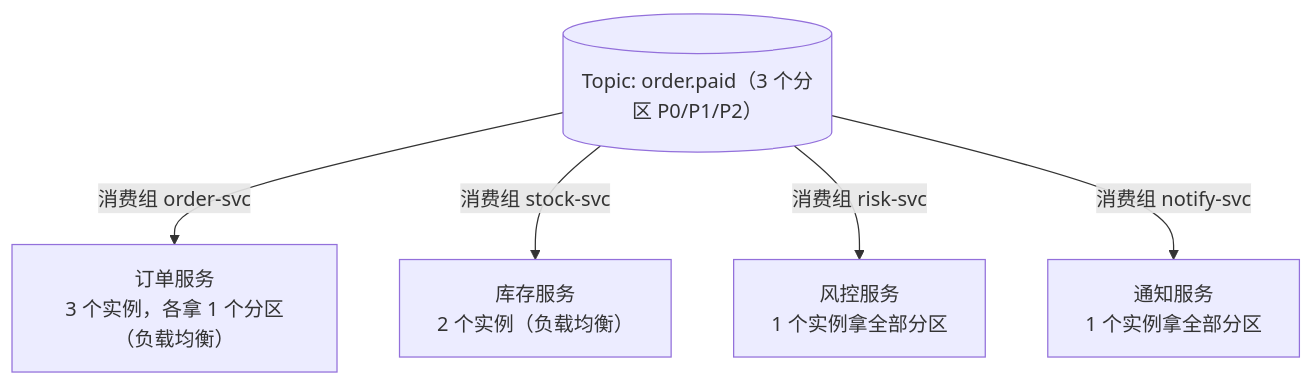
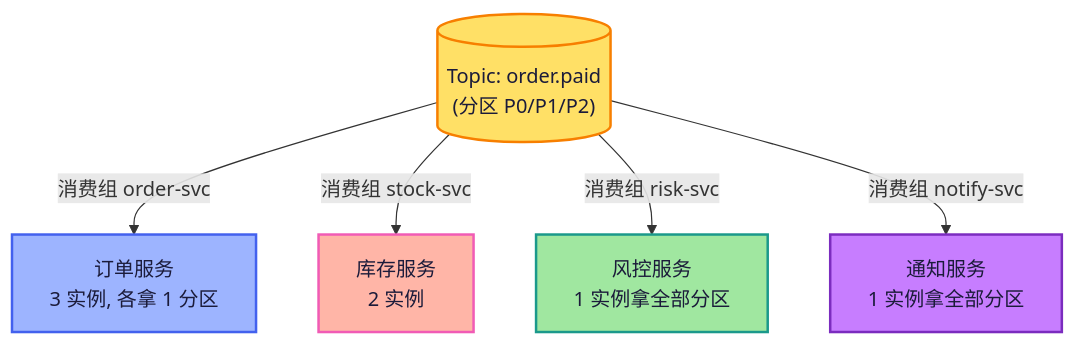
One commit to ituknown/website changed the third of 3 diagrams in docs/jvm/kafka/核心概念与架构.md. Above: the diagram before and after it, drawn with Mermaid. The commit also changed other lines of this file and 2 other files, not shown here.

First line of the commit message:
FEAT: 启用 Mermaid 手绘风格主题与图表加粗

````diff
--- a/docs/jvm/kafka/核心概念与架构.md
+++ b/docs/jvm/kafka/核心概念与架构.md
@@ -172,8 +191,14 @@
 ```mermaid
 graph TB
-    TOPIC[("Topic: order.paid（3 个分区 P0/P1/P2）")]
-    TOPIC -->|消费组 order-svc| G1["订单服务<br/>3 个实例，各拿 1 个分区（负载均衡）"]
-    TOPIC -->|消费组 stock-svc| G2["库存服务<br/>2 个实例（负载均衡）"]
-    TOPIC -->|消费组 risk-svc| G3["风控服务<br/>1 个实例拿全部分区"]
-    TOPIC -->|消费组 notify-svc| G4["通知服务<br/>1 个实例拿全部分区"]
+    TOPIC[("Topic: order.paid<br/>(分区 P0/P1/P2)")]:::topic
+    TOPIC -->|消费组 order-svc| G1["订单服务<br/>3 实例, 各拿 1 分区"]:::svc1
+    TOPIC -->|消费组 stock-svc| G2["库存服务<br/>2 实例"]:::svc2
+    TOPIC -->|消费组 risk-svc| G3["风控服务<br/>1 实例拿全部分区"]:::svc3
+    TOPIC -->|消费组 notify-svc| G4["通知服务<br/>1 实例拿全部分区"]:::svc4
+
+    classDef topic fill:#FFE066,stroke:#F77F00,color:#1B1B3A,stroke-width:2px;
+    classDef svc1 fill:#9DB4FF,stroke:#4361EE,color:#1B1B3A,stroke-width:2px;
+    classDef svc2 fill:#FFB5A7,stroke:#F15BB5,color:#1B1B3A,stroke-width:2px;
+    classDef svc3 fill:#A0E7A0,stroke:#1B998B,color:#1B1B3A,stroke-width:2px;
+    classDef svc4 fill:#C77DFF,stroke:#7B2CBF,color:#1B1B3A,stroke-width:2px;
 ```
````
